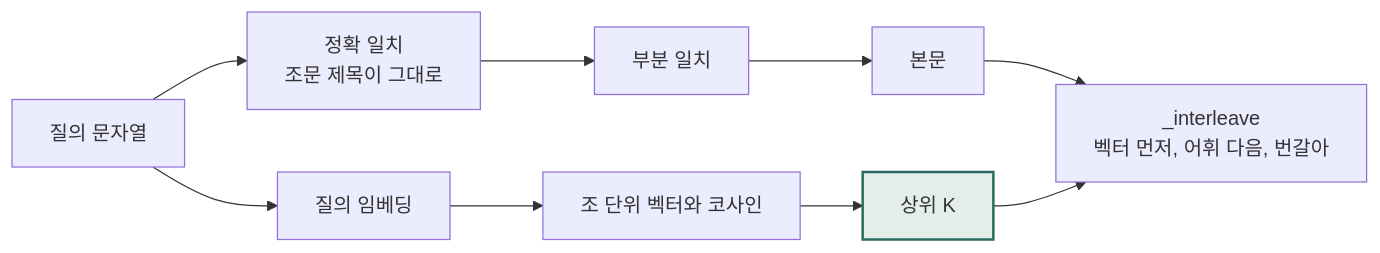
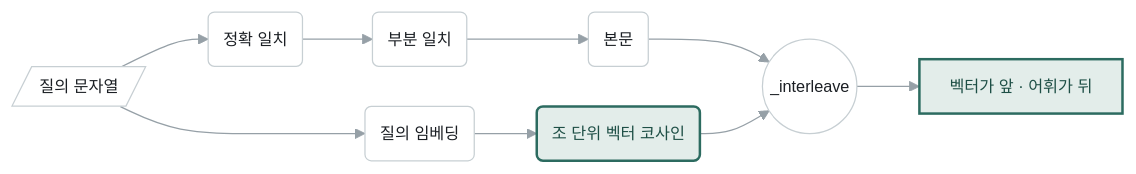
The eighth of 9 diagrams in docs/ARCH_SYSTEM.md (Fromson99/8agent), drawn with Mermaid before and after one commit. The commit also changed other lines of this file and 2 other files, not shown here.

````diff
--- a/docs/ARCH_SYSTEM.md
+++ b/docs/ARCH_SYSTEM.md
@@ -396,12 +408,14 @@
 ```mermaid
+%%{init:{'theme':'base','themeVariables':{'fontFamily':'system-ui, sans-serif','fontSize':'13px','primaryColor':'#FFFFFF','primaryTextColor':'#1B1F24','primaryBorderColor':'#C7CFD3','lineColor':'#96A0A7','secondaryColor':'#F1F4F5','tertiaryColor':'#FAFBFB','clusterBkg':'#F5F8F8','clusterBorder':'#DBE1E3','edgeLabelBackground':'#FCFCFB'},'flowchart':{'curve':'basis','nodeSpacing':32,'rankSpacing':50,'padding':12}}}%%
 flowchart LR
-  QX["질의 문자열"] --> L1["정확 일치<br/>조문 제목이 그대로"]
-  L1 --> L2["부분 일치"]
-  L2 --> L3["본문"]
-  QX --> V1["질의 임베딩"]
-  V1 --> V2["조 단위 벡터와 코사인"]
-  V2 --> V3["상위 K"]
-  L3 --> Z["_interleave<br/>벡터 먼저, 어휘 다음, 번갈아"]
-  V3 --> Z
-  style V3 fill:#E3EDEA,stroke:#2C6B60,stroke-width:2px
+  QX[/"질의 문자열"/] --> L1("정확 일치")
+  L1 --> L2("부분 일치")
+  L2 --> L3("본문")
+  QX --> V1("질의 임베딩")
+  V1 --> V2("조 단위 벡터 코사인")
+  L3 --> Z(("_interleave"))
+  V2 --> Z
+  Z --> OUT["벡터가 앞 · 어휘가 뒤"]
+  style V2 fill:#E3EDEA,stroke:#2C6B60,stroke-width:2px,color:#1E4F46
+  style OUT fill:#E3EDEA,stroke:#2C6B60,stroke-width:2px,color:#1E4F46
 ```
````
